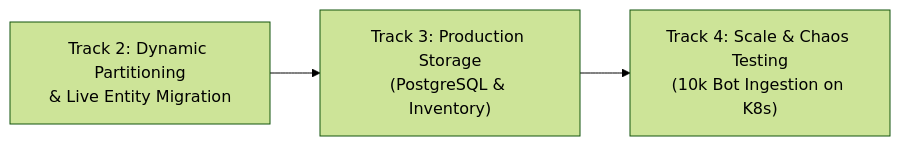
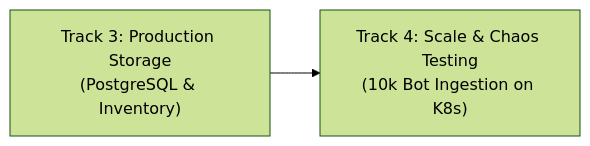
The diagram in ROADMAP.md (Jakousa/rust-server), drawn with Mermaid (forest theme) before and after one commit. The commit also changed other lines of this file and 23 other files, not shown here.

Commit message:
feat(cluster): implement Track 2 dynamic spatial partitioning and live entity migration

````diff
--- a/ROADMAP.md
+++ b/ROADMAP.md
@@ -45,5 +51,4 @@
 ```mermaid
 flowchart LR
-    T2["Track 2: Dynamic Partitioning\n& Live Entity Migration"] --> T3["Track 3: Production Storage\n(PostgreSQL & Inventory)"]
-    T3 --> T4["Track 4: Scale & Chaos Testing\n(10k Bot Ingestion on K8s)"]
+    T3["Track 3: Production Storage\n(PostgreSQL & Inventory)"] --> T4["Track 4: Scale & Chaos Testing\n(10k Bot Ingestion on K8s)"]
 ```
````
